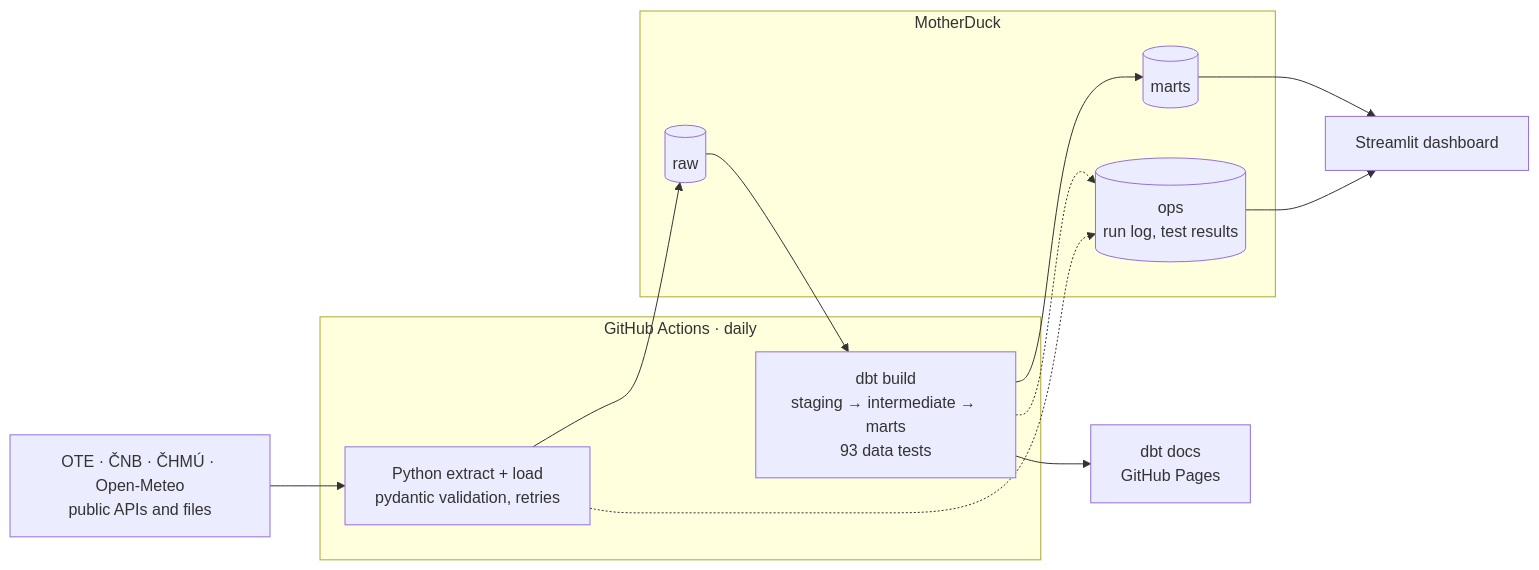
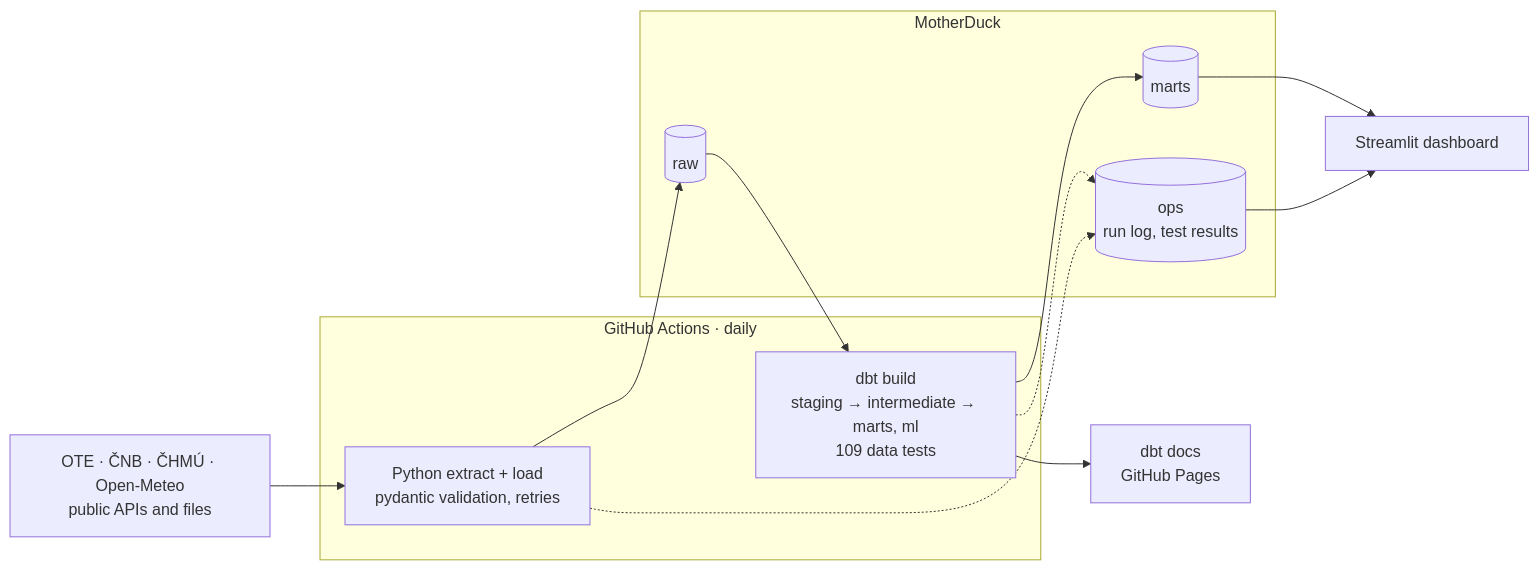
Before and after one commit to maksympostoiuk/czech-energy-pipeline: the diagram in README.md, drawn with Mermaid. The commit also changed other lines of this file and 11 other files, not shown here.

````diff
--- a/README.md
+++ b/README.md
@@ -29,21 +29,21 @@
 ```mermaid
 flowchart LR
     SRC["OTE · ČNB · ČHMÚ · Open-Meteo<br/>public APIs and files"]
 
     subgraph GHA["GitHub Actions · daily"]
         EL["Python extract + load<br/>pydantic validation, retries"]
-        DBT["dbt build<br/>staging → intermediate → marts<br/>93 data tests"]
+        DBT["dbt build<br/>staging → intermediate → marts, ml<br/>109 data tests"]
     end
 
     subgraph MD["MotherDuck"]
         RAW[("raw")]
         MARTS[("marts")]
         OPS[("ops<br/>run log, test results")]
     end
 
     SRC --> EL --> RAW --> DBT --> MARTS --> APP["Streamlit dashboard"]
     EL -.-> OPS
     DBT -.-> OPS
     OPS --> APP
     DBT --> DOCS["dbt docs<br/>GitHub Pages"]
 ```
````
